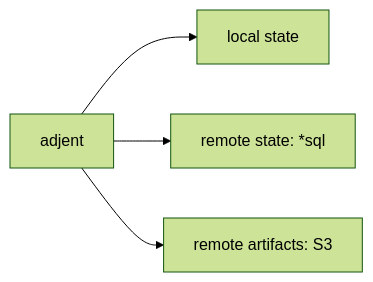
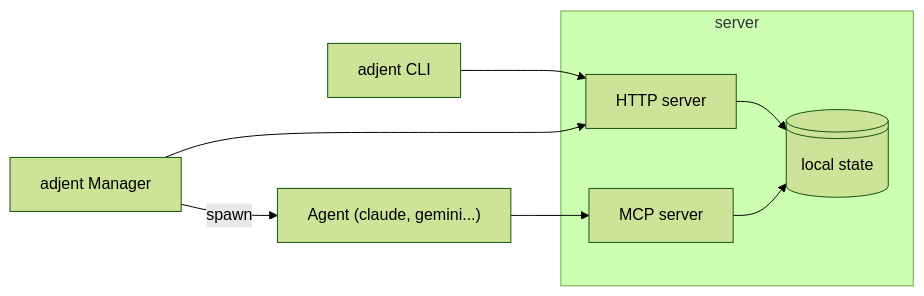
One commit to MainRo/adjent changed the diagram in docs/index.md. Above: the diagram before and after it, drawn with Mermaid (forest theme). The commit also changed other lines of this file and 4 other files, not shown here.

````diff
--- a/docs/index.md
+++ b/docs/index.md
@@ -19,10 +20,19 @@
 ```mermaid
 flowchart LR
-    adjent[adjent]
-    remoteState[remote state: *sql]
-    remoteArtifacts[remote artifacts: S3]
-    localState[local state]
-    adjent --> localState
-    adjent --> remoteState
-    adjent --> remoteArtifacts
+    adjentCLI[adjent CLI]
+    subgraph server
+        httpServer[HTTP server]
+        mcpServer[MCP server]
+        localState@{shape: lin-cyl, label: "local state"}
+
+        httpServer --> localState
+        mcpServer --> localState
+    end
+    adjentManager[adjent Manager]
+    codingAgent["Agent (claude, gemini...)"]
+
+    adjentCLI --> httpServer
+    adjentManager --> httpServer
+    adjentManager -- spawn --> codingAgent
+    codingAgent --> mcpServer
 ```
````
